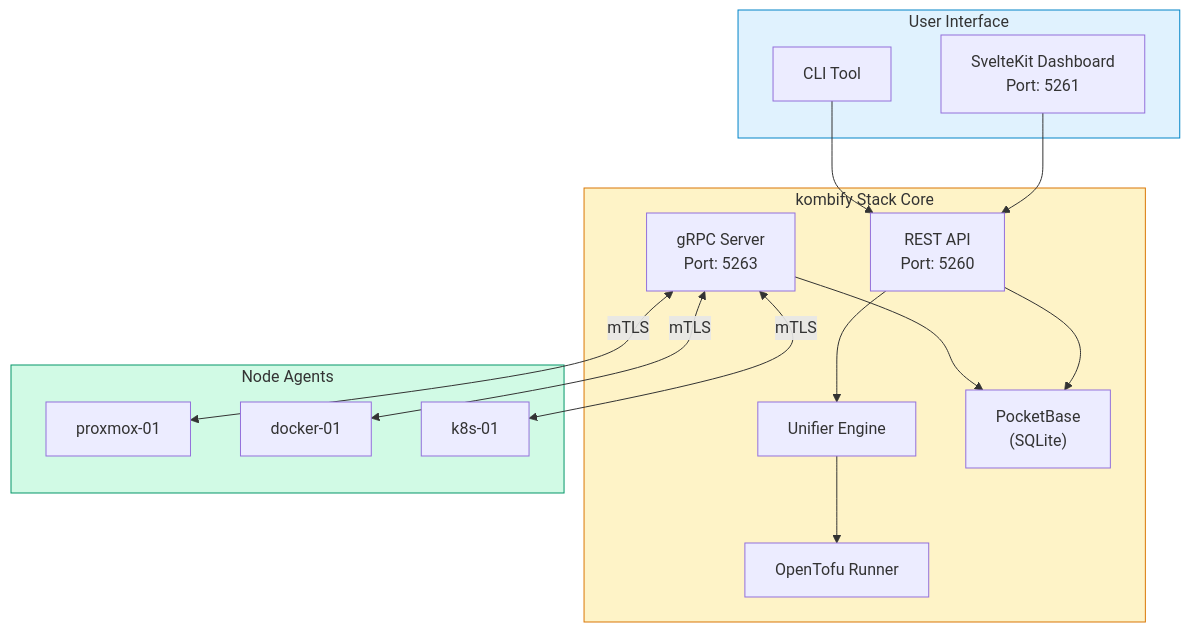
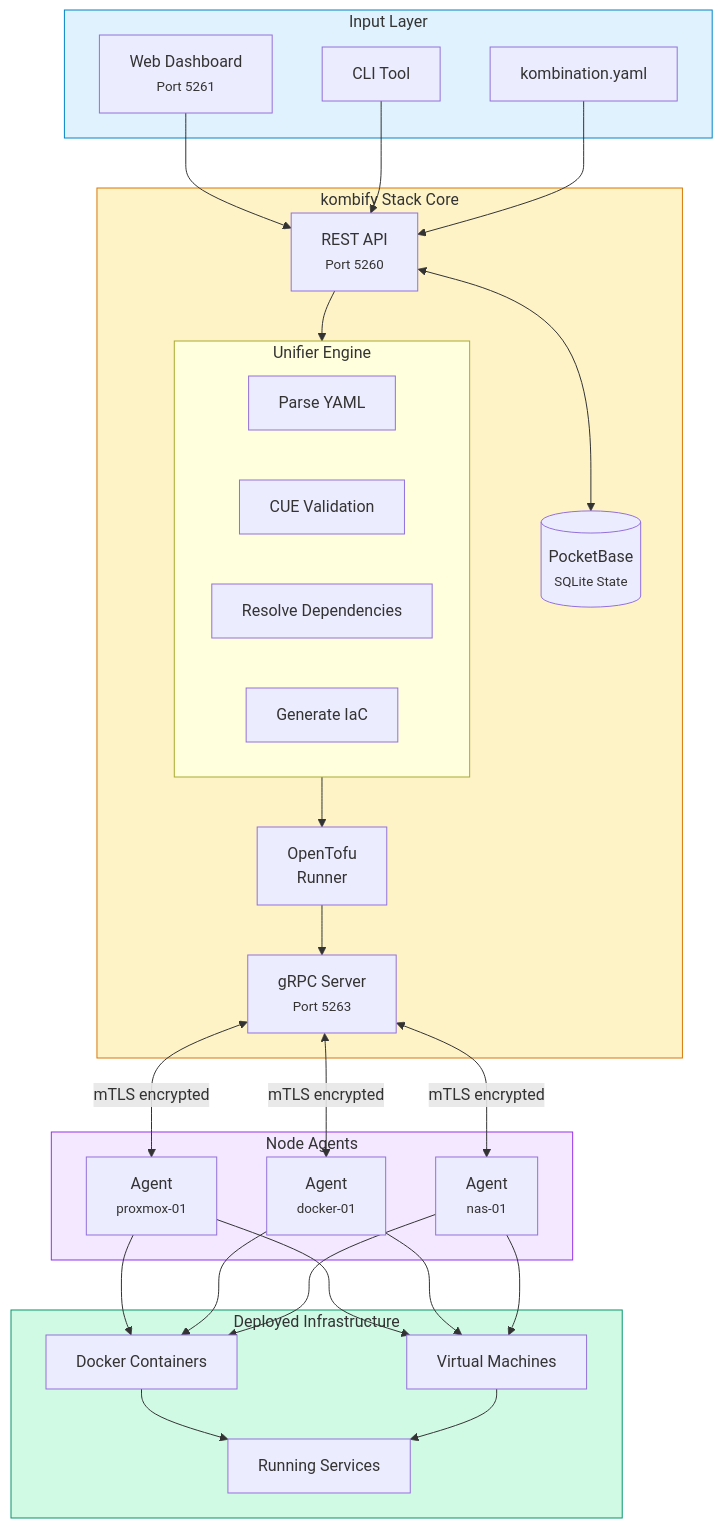
One commit to KombiverseLabs/docs changed the second of 5 diagrams in stack/overview.mdx. Above: the diagram before and after it, drawn with Mermaid. The commit also changed other lines of this file and 31 other files, not shown here.

````diff
--- a/stack/overview.mdx
+++ b/stack/overview.mdx
@@ -86,34 +105,50 @@
 ```mermaid
-graph TB
-    subgraph UI["User Interface"]
-        Dashboard["SvelteKit Dashboard<br/>Port: 5261"]
+flowchart TB
+    subgraph Input["Input Layer"]
+        UI["Web Dashboard<br/><small>Port 5261</small>"]
         CLI["CLI Tool"]
+        YAML["kombination.yaml"]
     end
 
     subgraph Core["kombify Stack Core"]
-        API["REST API<br/>Port: 5260"]
-        Unifier["Unifier Engine"]
-        ToFu["OpenTofu Runner"]
-        gRPC["gRPC Server<br/>Port: 5263"]
-        PB["PocketBase<br/>(SQLite)"]
+        API["REST API<br/><small>Port 5260</small>"]
         
-        API --> Unifier
-        Unifier --> ToFu
-        API --> PB
-        gRPC --> PB
+        subgraph Unifier["Unifier Engine"]
+            Parse["Parse YAML"]
+            Validate["CUE Validation"]
+            Resolve["Resolve Dependencies"]
+            Generate["Generate IaC"]
+        end
+        
+        PB[("PocketBase<br/><small>SQLite State</small>")]
+        gRPC["gRPC Server<br/><small>Port 5263</small>"]
+        ToFu["OpenTofu<br/>Runner"]
     end
 
     subgraph Agents["Node Agents"]
-        A1["proxmox-01"]
-        A2["docker-01"]
-        A3["k8s-01"]
+        A1["Agent<br/><small>proxmox-01</small>"]
+        A2["Agent<br/><small>docker-01</small>"]
+        A3["Agent<br/><small>nas-01</small>"]
     end
 
-    Dashboard --> API
-    CLI --> API
-    gRPC <-->|mTLS| A1 & A2 & A3
+    subgraph Infra["Deployed Infrastructure"]
+        Docker["Docker Containers"]
+        VMs["Virtual Machines"]
+        Services["Running Services"]
+    end
 
-    style UI fill:#e0f2fe,stroke:#0284c7
+    UI & CLI --> API
+    YAML --> API
+    API --> Unifier
+    API <--> PB
+    Unifier --> ToFu
+    ToFu --> gRPC
+    gRPC <-->|"mTLS encrypted"| A1 & A2 & A3
+    A1 & A2 & A3 --> Docker & VMs
+    Docker & VMs --> Services
+
+    style Input fill:#e0f2fe,stroke:#0284c7
     style Core fill:#fef3c7,stroke:#d97706
-    style Agents fill:#d1fae5,stroke:#059669
+    style Agents fill:#f3e8ff,stroke:#9333ea
+    style Infra fill:#d1fae5,stroke:#059669
 ```
````
